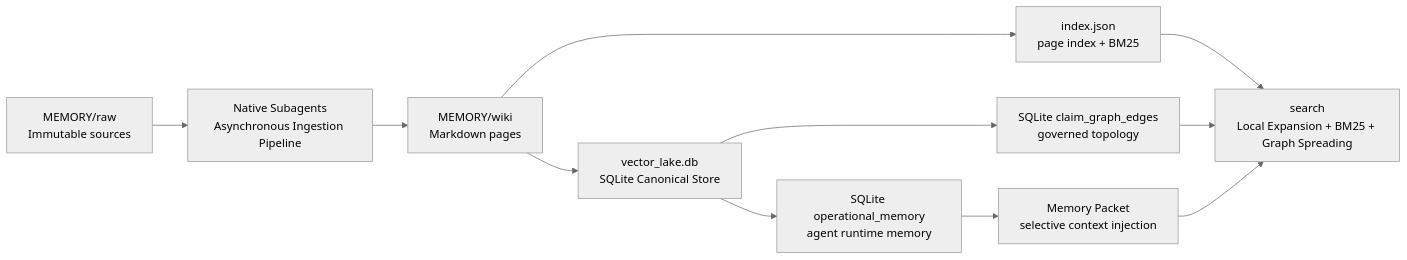
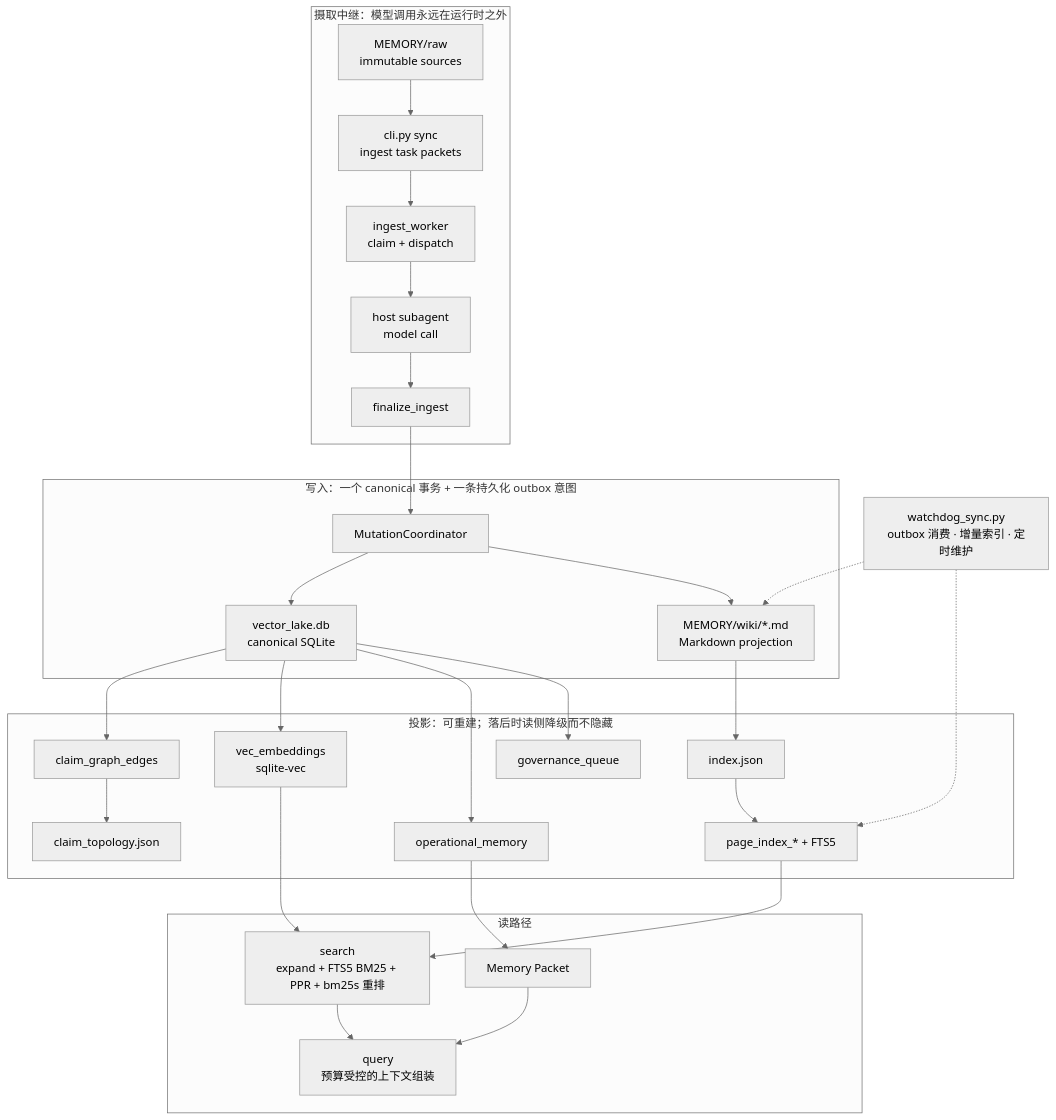
One commit to shawnshi/vector-lake changed the diagram in README.md. Above: the diagram before and after it, drawn with Mermaid (neutral theme). The commit also changed other lines of this file, not shown here.

First line of the commit message:
Document the architecture the code has, and keep the history in the changelog

````diff
--- a/README.md
+++ b/README.md
@@ -34,13 +34,33 @@
 ```mermaid
-graph LR
-    RAW["MEMORY/raw<br>Immutable sources"] --> INGEST["Native Subagents<br>Asynchronous Ingestion Pipeline"]
-    INGEST --> WIKI["MEMORY/wiki<br>Markdown pages"]
-    WIKI --> INDEX["index.json<br>page index + BM25"]
-    WIKI --> META["vector_lake.db<br>SQLite Canonical Store"]
-    META --> CLAIM["SQLite claim_graph_edges<br>governed topology"]
-    META --> MEMORY["SQLite operational_memory<br>agent runtime memory"]
-    MEMORY --> PACKET["Memory Packet<br>selective context injection"]
-    INDEX --> QUERY["search<br>Local Expansion + BM25 + Graph Spreading"]
-    CLAIM --> QUERY
-    PACKET --> QUERY
+graph TD
+    subgraph relay [摄取中继：模型调用永远在运行时之外]
+        RAW["MEMORY/raw<br>immutable sources"] --> SYNC["cli.py sync<br>ingest task packets"]
+        SYNC --> WORKER["ingest_worker<br>claim + dispatch"]
+        WORKER --> HOST["host subagent<br>model call"]
+        HOST --> FINAL["finalize_ingest"]
+    end
+    subgraph write [写入：一个 canonical 事务 + 一条持久化 outbox 意图]
+        FINAL --> COORD["MutationCoordinator"]
+        COORD --> DB["vector_lake.db<br>canonical SQLite"]
+        COORD --> MD["MEMORY/wiki/*.md<br>Markdown projection"]
+    end
+    subgraph proj [投影：可重建；落后时读侧降级而不隐藏]
+        MD --> IDX["index.json"]
+        DB --> CG["claim_graph_edges"]
+        CG --> CT["claim_topology.json"]
+        IDX --> PINDEX["page_index_* + FTS5"]
+        DB --> VEC["vec_embeddings<br>sqlite-vec"]
+        DB --> OM["operational_memory"]
+        DB --> GOV["governance_queue"]
+    end
+    subgraph read [读路径]
+        PINDEX --> SEARCH["search<br>expand + FTS5 BM25 + PPR + bm25s 重排"]
+        VEC --> SEARCH
+        OM --> PACKET["Memory Packet"]
+        SEARCH --> QUERY["query<br>预算受控的上下文组装"]
+        PACKET --> QUERY
+    end
+    WATCH["watchdog_sync.py<br>outbox 消费 · 增量索引 · 定时维护"]
+    WATCH -.-> MD
+    WATCH -.-> PINDEX
 ```
````
